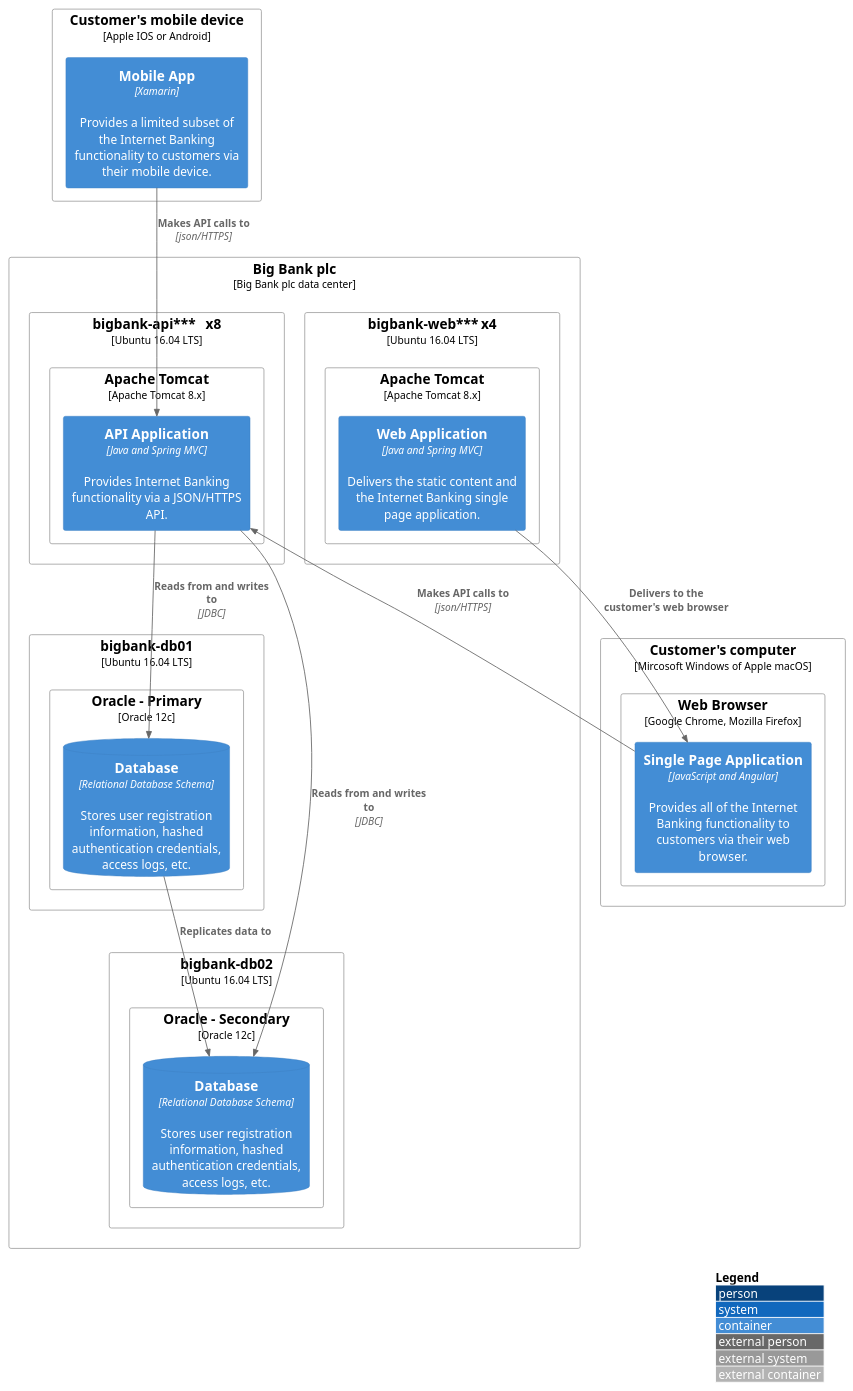
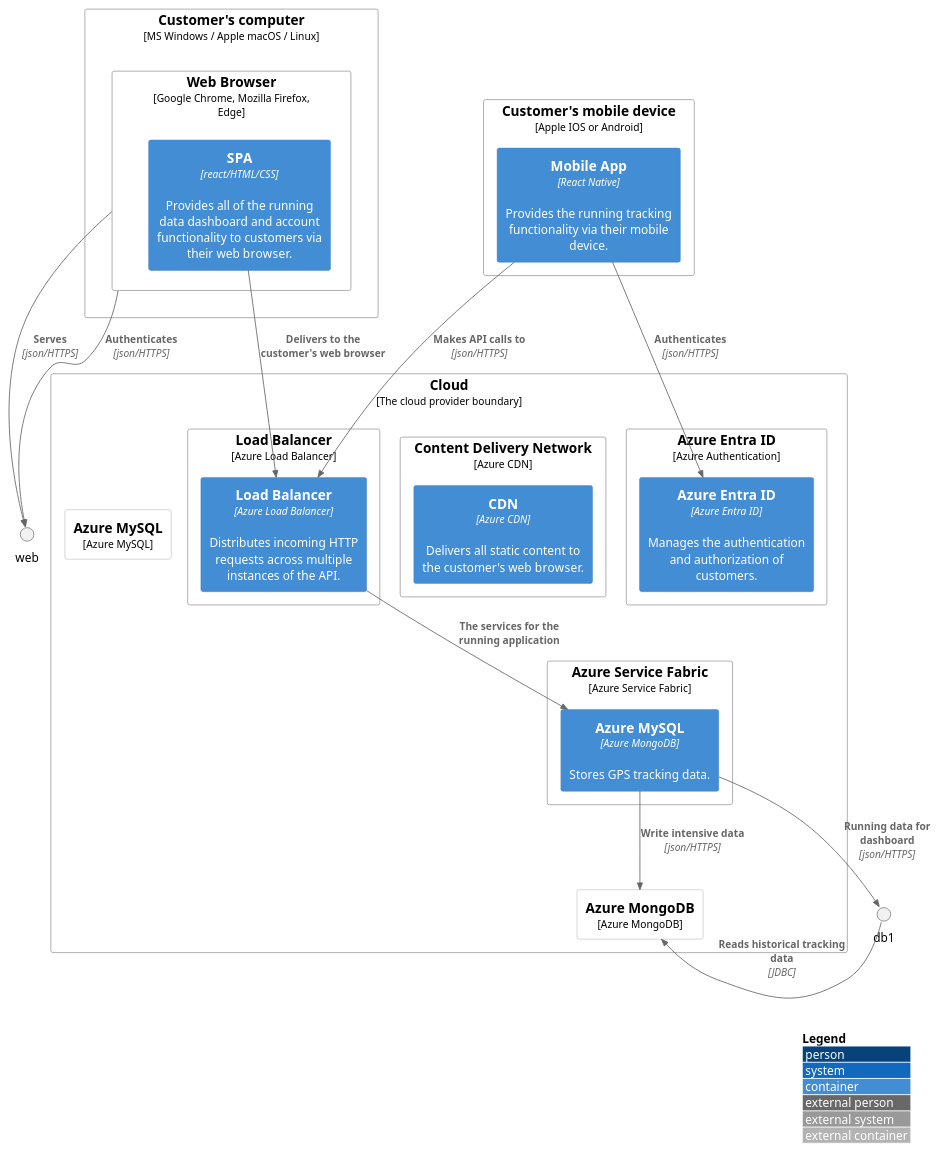
One commit to SilvioAmaral/SolutionAchitecture changed the diagram in src/4 Long Term Plan/deployment.puml. Above: the diagram before and after it, drawn with PlantUML. The commit also changed 18 other files, not shown here.

```diff
--- a/src/4 Long Term Plan/deployment.puml
+++ b/src/4 Long Term Plan/deployment.puml
@@ -1,46 +1,47 @@
-@startuml
-!include https://raw.githubusercontent.com/adrianvlupu/C4-PlantUML/latest/C4_Deployment.puml
+@startuml deployment
+!include ../../C4-PlantUML/C4_Deployment.puml
 
 LAYOUT_WITH_LEGEND()
 
-Deployment_Node(plc, "Big Bank plc", "Big Bank plc data center"){
-    Deployment_Node(dn, "bigbank-api***\tx8", "Ubuntu 16.04 LTS"){
-        Deployment_Node(apache, "Apache Tomcat", "Apache Tomcat 8.x"){
-            Container(api, "API Application", "Java and Spring MVC", "Provides Internet Banking functionality via a JSON/HTTPS API.")
-        }
+Deployment_Node(plc, "Cloud", "The cloud provider boundary"){
+    Deployment_Node(id, "Azure Entra ID", "Azure Authentication"){
+        Container(entra, "Azure Entra ID", "Azure Entra ID", "Manages the authentication and authorization of customers.")
     }
-    Deployment_Node(bigbankdb01, "bigbank-db01", "Ubuntu 16.04 LTS"){
-        Deployment_Node(oracle, "Oracle - Primary", "Oracle 12c"){
-            ContainerDb(db, "Database", "Relational Database Schema", "Stores user registration information, hashed authentication credentials, access logs, etc.")
-        }
+    Deployment_Node(cn, "Content Delivery Network", "Azure CDN"){
+        Container(cdn, "CDN", "Azure CDN", "Delivers all static content to the customer's web browser.")
     }
-    Deployment_Node(bigbankdb02, "bigbank-db02", "Ubuntu 16.04 LTS"){
-        Deployment_Node(oracle2, "Oracle - Secondary", "Oracle 12c"){
-            ContainerDb(db2, "Database", "Relational Database Schema", "Stores user registration information, hashed authentication credentials, access logs, etc.")
-        }
+    Deployment_Node(ln, "Load Balancer", "Azure Load Balancer"){
+        Container(load, "Load Balancer", "Azure Load Balancer", "Distributes incoming HTTP requests across multiple instances of the API.")
     }
-    Deployment_Node(bb2, "bigbank-web***\tx4", "Ubuntu 16.04 LTS"){
-        Deployment_Node(apache2, "Apache Tomcat", "Apache Tomcat 8.x"){
-            Container(web, "Web Application", "Java and Spring MVC", "Delivers the static content and the Internet Banking single page application.")
-        }
+    Deployment_Node(sn, "Azure Service Fabric", "Azure Service Fabric"){
+        Container(svc, "Azure Service Fabric", "Azure Service Fabric", "Hosts the API and background running tasks.")
+    }
+    Deployment_Node(db, "Azure MySQL", "Azure MySQL"){
+        Container(svc, "Azure MySQL", "Azure MySQL", "Stores all data of the application except GPS tracking data.")
+    }
+    Deployment_Node(db2, "Azure MongoDB", "Azure MongoDB"){
+        Container(svc, "Azure MySQL", "Azure MongoDB", "Stores GPS tracking data.")
     }
 }
 
 Deployment_Node(mob, "Customer's mobile device", "Apple IOS or Android"){
-    Container(mobile, "Mobile App", "Xamarin", "Provides a limited subset of the Internet Banking functionality to customers via their mobile device.")
+    Container(mobile, "Mobile App", "React Native", "Provides the running tracking functionality via their mobile device.")
 }
 
-Deployment_Node(comp, "Customer's computer", "Mircosoft Windows of Apple macOS"){
-    Deployment_Node(browser, "Web Browser", "Google Chrome, Mozilla Firefox"){
-        Container(spa, "Single Page Application", "JavaScript and Angular", "Provides all of the Internet Banking functionality to customers via their web browser.")
+Deployment_Node(comp, "Customer's computer", "MS Windows / Apple macOS / Linux"){
+    Deployment_Node(browser, "Web Browser", "Google Chrome, Mozilla Firefox, Edge"){
+        Container(spa, "SPA", "react/HTML/CSS", "Provides all of the running data dashboard and account functionality to customers via their web browser.")
     }
 }
 
-Rel(mobile, api, "Makes API calls to", "json/HTTPS")
-Rel(spa, api, "Makes API calls to", "json/HTTPS")
-Rel(web, spa, "Delivers to the customer's web browser")
-Rel(api, db, "Reads from and writes to", "JDBC")
-Rel(api, db2, "Reads from and writes to", "JDBC")
-Rel(db, db2, "Replicates data to")
+Rel(mobile, entra, "Authenticates", "json/HTTPS")
+Rel(browser, web, "Authenticates", "json/HTTPS")
+Rel(mobile, load, "Makes API calls to", "json/HTTPS")
+Rel(browser, web, "Serves", "json/HTTPS")
+Rel(spa, load, "Delivers to the customer's web browser")
+Rel(load, svc, "The services for the running application")
+Rel(svc, db1, "Running data for dashboard", "json/HTTPS")
+Rel(svc, db2, "Write intensive data", "json/HTTPS")
+Rel(db1, db2, "Reads historical tracking data", "JDBC")
 
 @enduml
```
